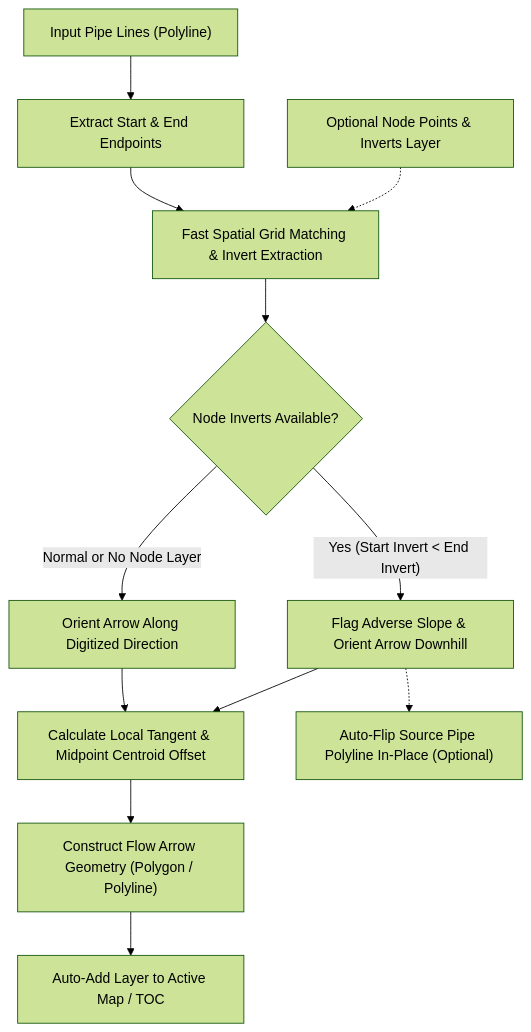
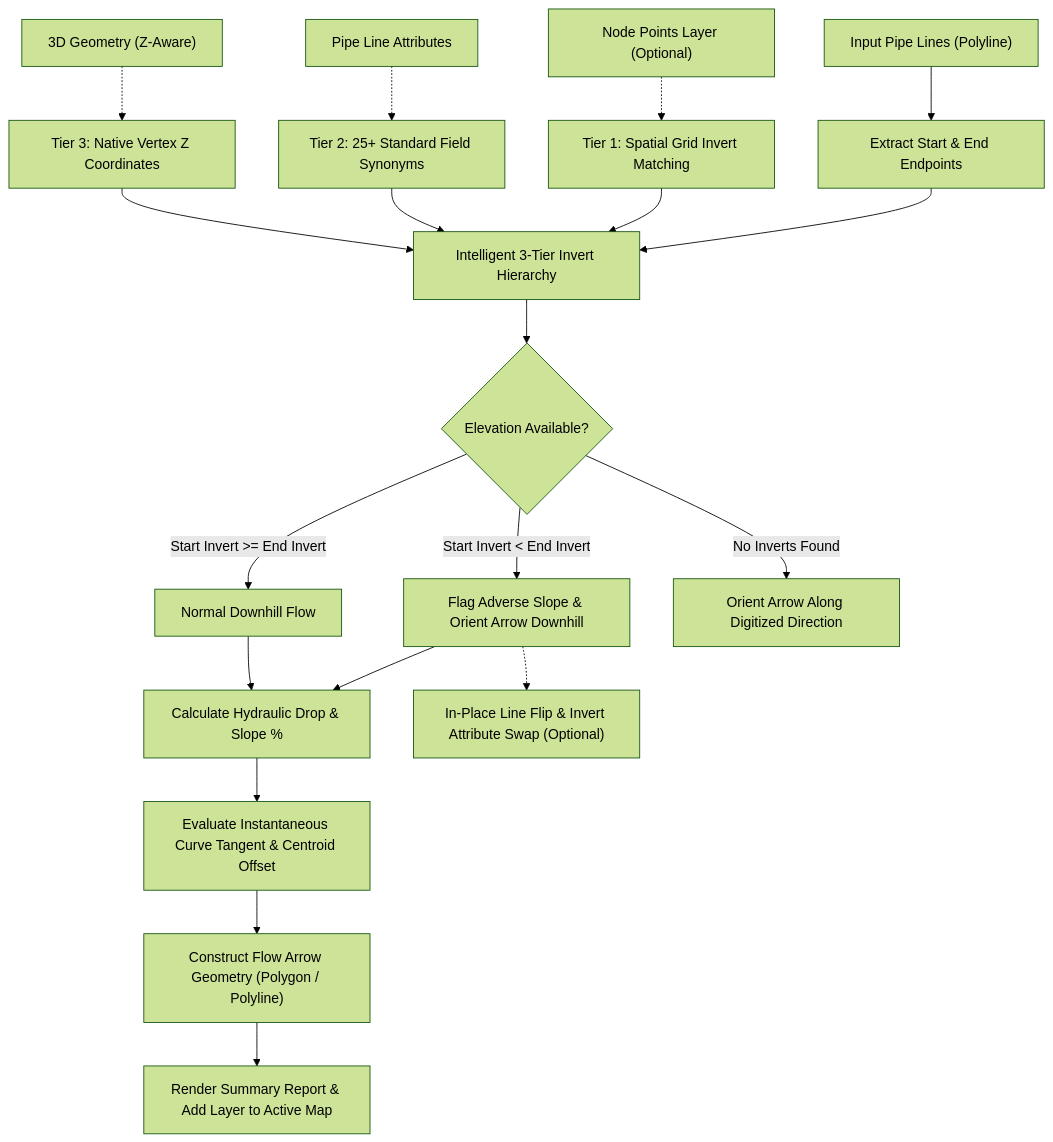
Before and after one commit to ahmadibrahim4geo/Create-FlowArrow-Tool: the diagram in README.md, drawn with Mermaid (forest theme). The commit also changed other lines of this file and 4 other files, not shown here.

Commit message:
feat: upgrade tool performance with 3-tier invert hierarchy, hydraulic slope metrics, and robust in-place flipping

````diff
--- a/README.md
+++ b/README.md
@@ -82,14 +95,21 @@
 ```mermaid
 flowchart TD
     A["Input Pipe Lines (Polyline)"] --> B["Extract Start & End Endpoints"]
-    NP["Optional Node Points & Inverts Layer"] -.-> C["Fast Spatial Grid Matching & Invert Extraction"]
-    B --> C
-    C --> D{"Node Inverts Available?"}
-    D -- "Yes (Start Invert < End Invert)" --> E["Flag Adverse Slope & Orient Arrow Downhill"]
-    D -- "Normal or No Node Layer" --> F["Orient Arrow Along Digitized Direction"]
-    E --> G["Calculate Local Tangent & Midpoint Centroid Offset"]
-    F --> G
-    G --> H["Construct Flow Arrow Geometry (Polygon / Polyline)"]
-    E -.-> I["Auto-Flip Source Pipe Polyline In-Place (Optional)"]
-    H --> J["Auto-Add Layer to Active Map / TOC"]
+    NP["Node Points Layer (Optional)"] -.-> C1["Tier 1: Spatial Grid Invert Matching"]
+    LA["Pipe Line Attributes"] -.-> C2["Tier 2: 25+ Standard Field Synonyms"]
+    ZG["3D Geometry (Z-Aware)"] -.-> C3["Tier 3: Native Vertex Z Coordinates"]
+    B --> C["Intelligent 3-Tier Invert Hierarchy"]
+    C1 --> C
+    C2 --> C
+    C3 --> C
+    C --> D{"Elevation Available?"}
+    D -- "Start Invert < End Invert" --> E["Flag Adverse Slope & Orient Arrow Downhill"]
+    D -- "Start Invert >= End Invert" --> F["Normal Downhill Flow"]
+    D -- "No Inverts Found" --> G["Orient Arrow Along Digitized Direction"]
+    E --> H["Calculate Hydraulic Drop & Slope %"]
+    F --> H
+    H --> I["Evaluate Instantaneous Curve Tangent & Centroid Offset"]
+    I --> J["Construct Flow Arrow Geometry (Polygon / Polyline)"]
+    E -.-> K["In-Place Line Flip & Invert Attribute Swap (Optional)"]
+    J --> L["Render Summary Report & Add Layer to Active Map"]
 ```
````
